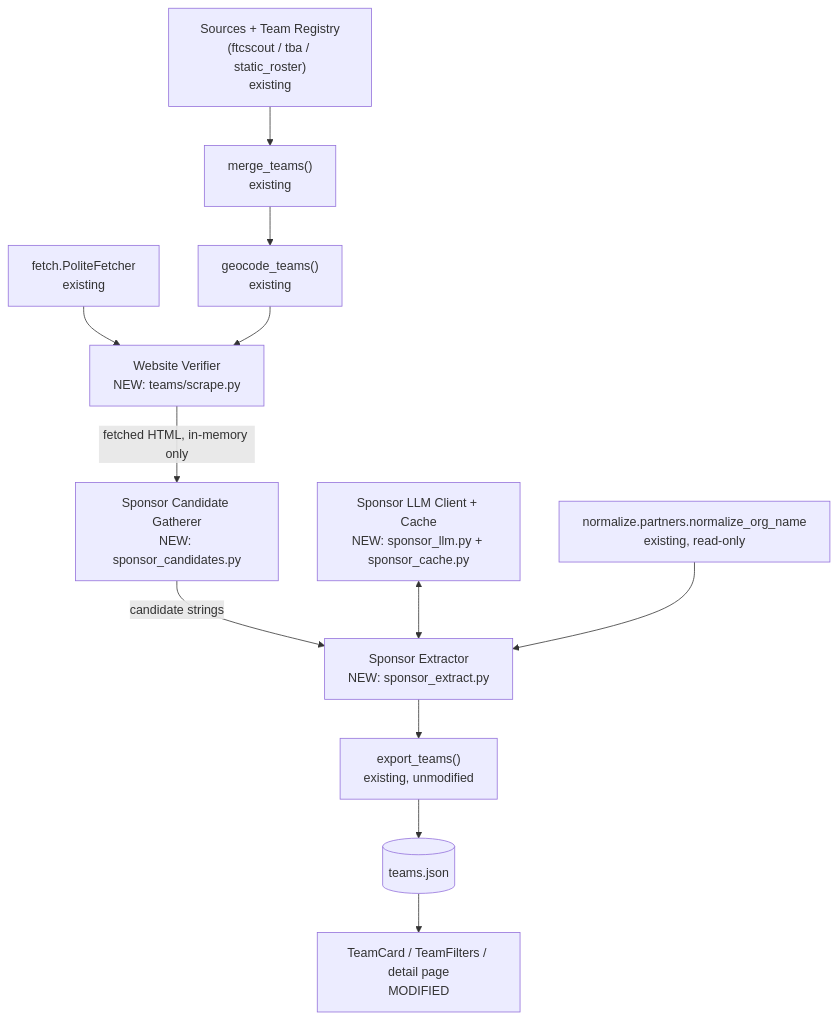
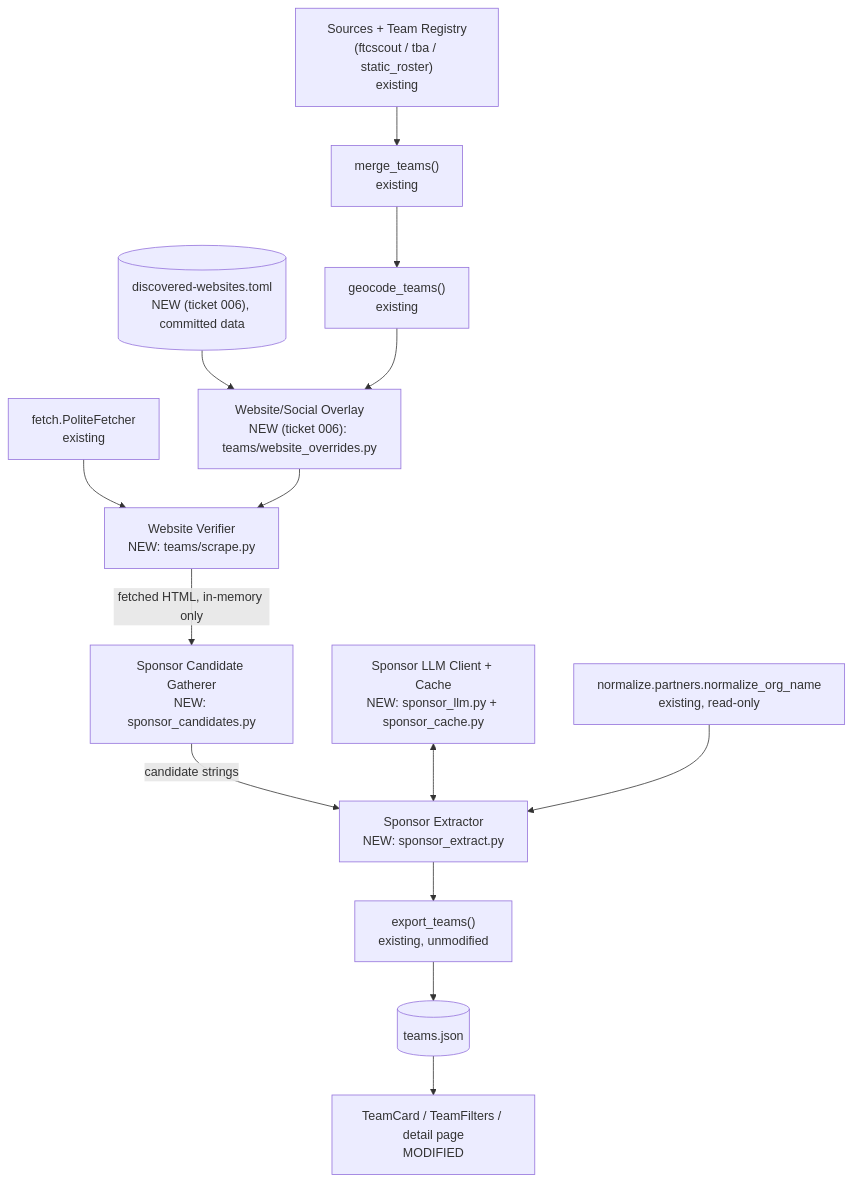
The first of 2 diagrams in clasi/sprints/013-team-website-surfacing-and-sponsor-extraction/sprint.md (league-infrastructure/partner-scrape), drawn with Mermaid before and after one commit. The commit also changed other lines of this file and 4 other files, not shown here.

Commit message:
013: add ticket 006 for discovered-website ingestion

````diff
--- a/clasi/sprints/013-team-website-surfacing-and-sponsor-extraction/sprint.md
+++ b/clasi/sprints/013-team-website-surfacing-and-sponsor-extraction/sprint.md
@@ -336,14 +373,16 @@
 ```mermaid
 graph TD
     SRC["Sources + Team Registry<br/>(ftcscout / tba / static_roster)<br/>existing"] --> MERGE["merge_teams()<br/>existing"]
     MERGE --> GEO["geocode_teams()<br/>existing"]
+    DISC[("discovered-websites.toml<br/>NEW (ticket 006), committed data")] --> WEBOV
+    GEO --> WEBOV["Website/Social Overlay<br/>NEW (ticket 006): teams/website_overrides.py"]
     FETCH["fetch.PoliteFetcher<br/>existing"] --> VERIFY
-    GEO --> VERIFY["Website Verifier<br/>NEW: teams/scrape.py"]
+    WEBOV --> VERIFY["Website Verifier<br/>NEW: teams/scrape.py"]
     VERIFY -- "fetched HTML, in-memory only" --> CAND["Sponsor Candidate Gatherer<br/>NEW: sponsor_candidates.py"]
     CAND -- "candidate strings" --> ORCH["Sponsor Extractor<br/>NEW: sponsor_extract.py"]
     LLMC["Sponsor LLM Client + Cache<br/>NEW: sponsor_llm.py + sponsor_cache.py"] <--> ORCH
     NORM["normalize.partners.normalize_org_name<br/>existing, read-only"] --> ORCH
     ORCH --> EXPORT["export_teams()<br/>existing, unmodified"]
     EXPORT --> DATA[("teams.json")]
     DATA --> SITE["TeamCard / TeamFilters / detail page<br/>MODIFIED"]
 ```
````
